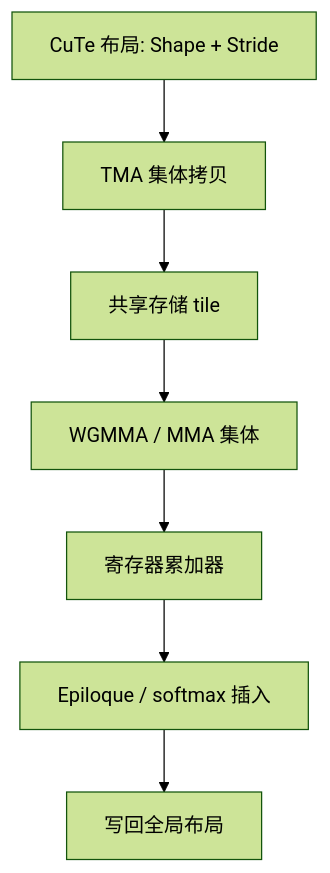
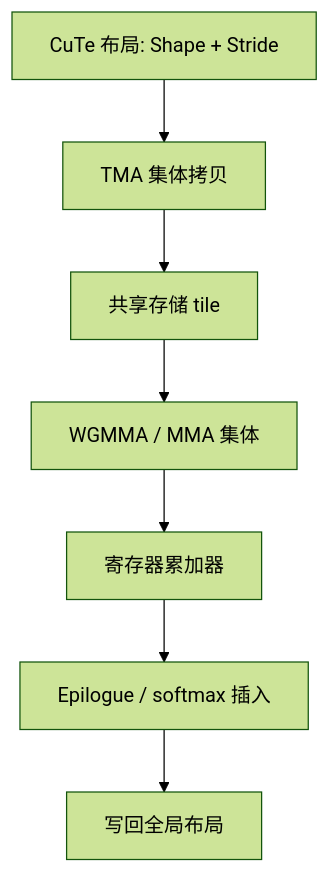
The second of 2 diagrams in docs/llm/cutlass3-cute.md (xhongduo-tech/xhongduo-tech.github.io), drawn with Mermaid (forest theme) before and after one commit. The commit also changed 5 other files, not shown here.

````diff
--- a/docs/llm/cutlass3-cute.md
+++ b/docs/llm/cutlass3-cute.md
@@ -51,9 +51,9 @@
 ```mermaid
 flowchart TD
   L["CuTe 布局: Shape + Stride"] --> TMA["TMA 集体拷贝"]
   TMA --> SMEM["共享存储 tile"]
   SMEM --> MMA["WGMMA / MMA 集体"]
   MMA --> ACC["寄存器累加器"]
-  ACC --> EP["Epiloque / softmax 插入"]
+  ACC --> EP["Epilogue / softmax 插入"]
   EP --> OUT["写回全局布局"]
 ```
````
